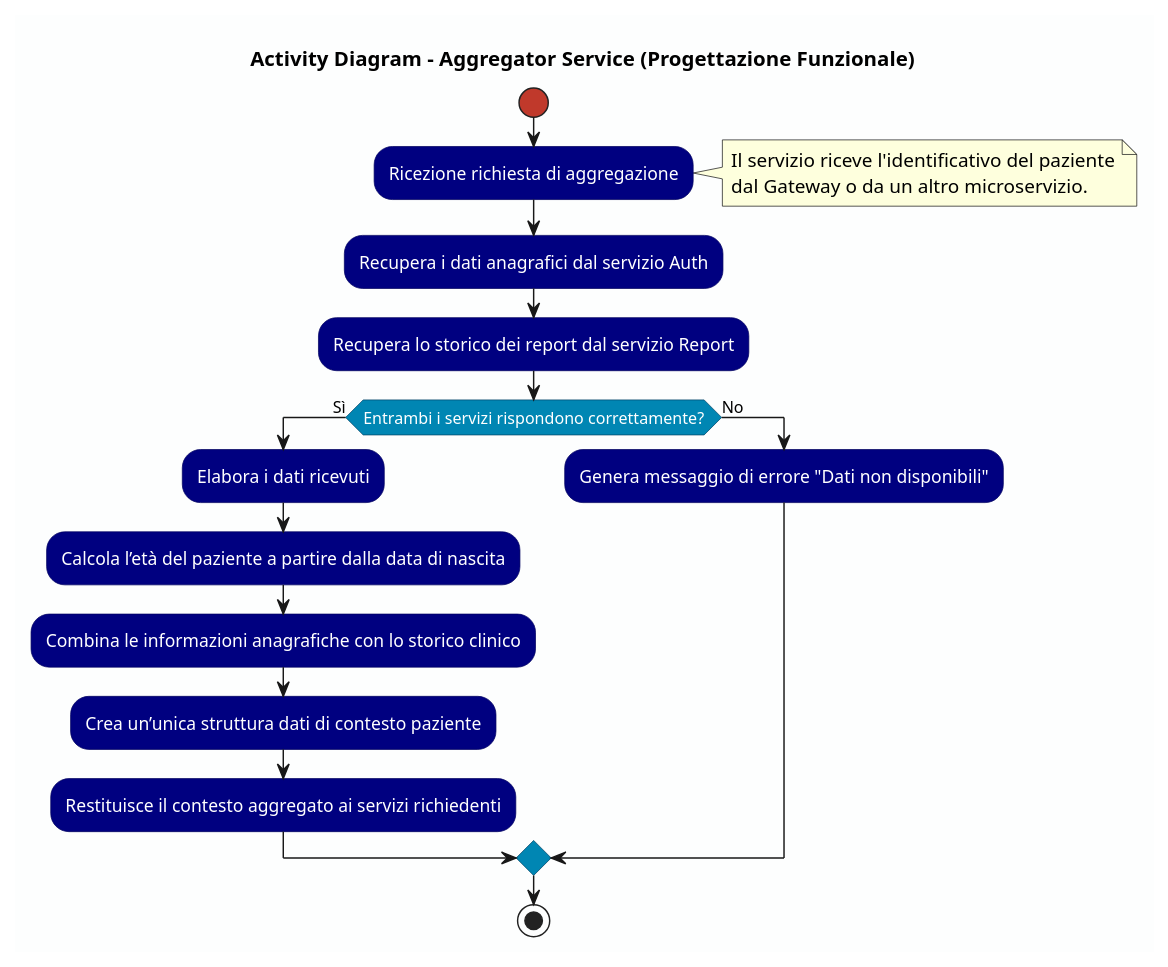
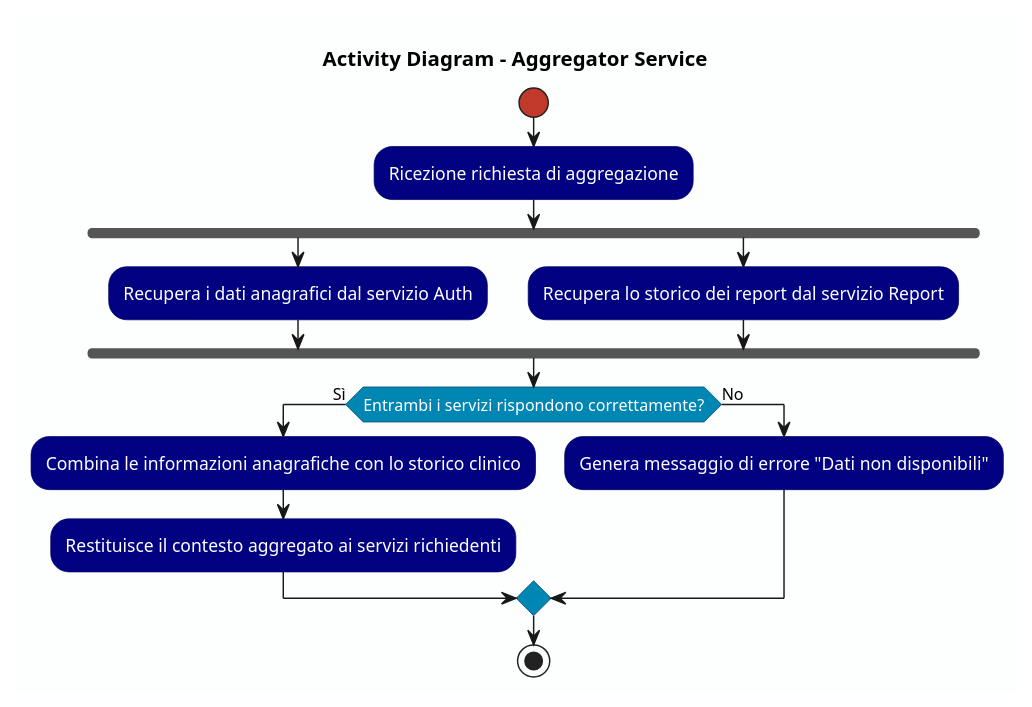
The diagram in documentation/diagrammi/activity_diagram_AGGREGATOR.puml (simodf7/HealthGate), drawn with PlantUML before and after one commit. The commit also changed 29 other files, not shown here.

```diff
--- a/documentation/diagrammi/activity_diagram_AGGREGATOR.puml
+++ b/documentation/diagrammi/activity_diagram_AGGREGATOR.puml
@@ -1,37 +1,34 @@
 @startuml activity_diagram_AGGREGATOR
-title Activity Diagram - Aggregator Service (Progettazione Funzionale)
+title Activity Diagram - Aggregator Service
 
 skinparam backgroundColor #FDFEFE
 skinparam activity {
   BackgroundColor #000080
   BorderColor #000060
   FontColor white
   DiamondBackgroundColor #0086b3
   DiamondBorderColor #004466
   StartColor #C0392B
   EndColor #C0392B
 }
 
 start
 
 :Ricezione richiesta di aggregazione;
-note right
-Il servizio riceve l'identificativo del paziente
-dal Gateway o da un altro microservizio.
-end note
 
-:Recupera i dati anagrafici dal servizio Auth;
-:Recupera lo storico dei report dal servizio Report;
+fork
+    :Recupera i dati anagrafici dal servizio Auth;
+fork again
+    :Recupera lo storico dei report dal servizio Report;
+end fork
 
 if (Entrambi i servizi rispondono correttamente?) then (Sì)
-  :Elabora i dati ricevuti;
-  :Calcola l’età del paziente a partire dalla data di nascita;
   :Combina le informazioni anagrafiche con lo storico clinico;
-  :Crea un’unica struttura dati di contesto paziente;
   :Restituisce il contesto aggregato ai servizi richiedenti;
 else (No)
   :Genera messaggio di errore "Dati non disponibili";
 endif
 
 stop
+
 @enduml
```
